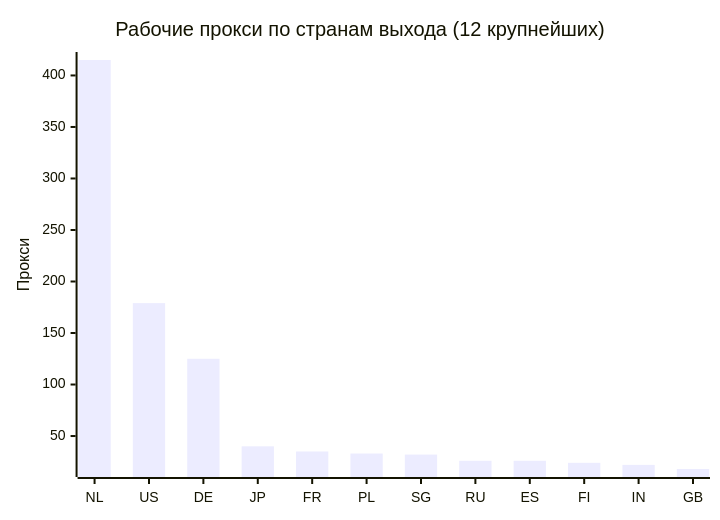
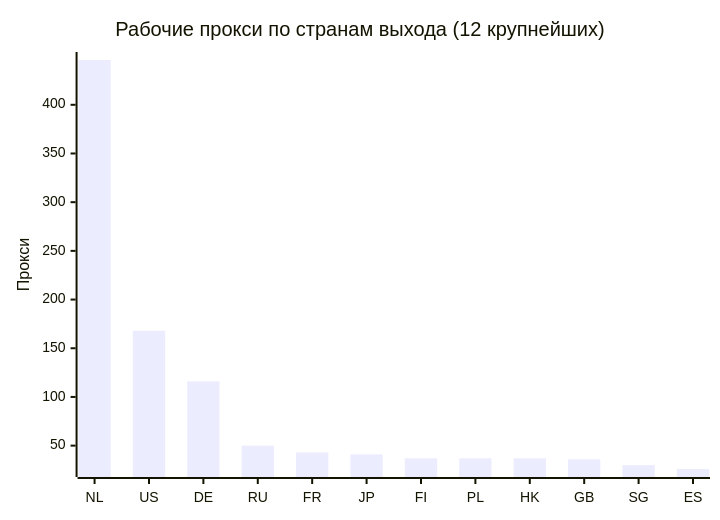
The second of 4 diagrams in README.md (rvvg/proxy-subs), drawn with Mermaid before and after one commit. The commit also changed other lines of this file and 54 other files, not shown here.

````diff
--- a/README.md
+++ b/README.md
@@ -135,7 +130,7 @@
 ```mermaid
 xychart-beta
     title "Рабочие прокси по странам выхода (12 крупнейших)"
-    x-axis ["NL", "US", "DE", "JP", "FR", "PL", "SG", "RU", "ES", "FI", "IN", "GB"]
+    x-axis ["NL", "US", "DE", "RU", "FR", "JP", "FI", "PL", "HK", "GB", "SG", "ES"]
     y-axis "Прокси"
-    bar [415, 179, 125, 40, 35, 33, 32, 26, 26, 24, 22, 18]
+    bar [446, 168, 116, 50, 43, 41, 37, 37, 37, 36, 30, 26]
 ```
````
